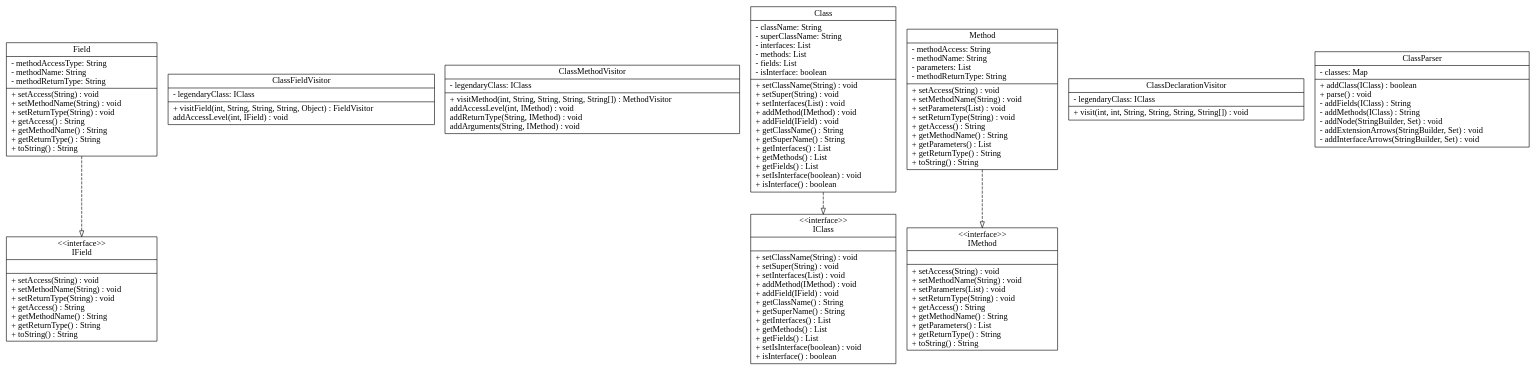
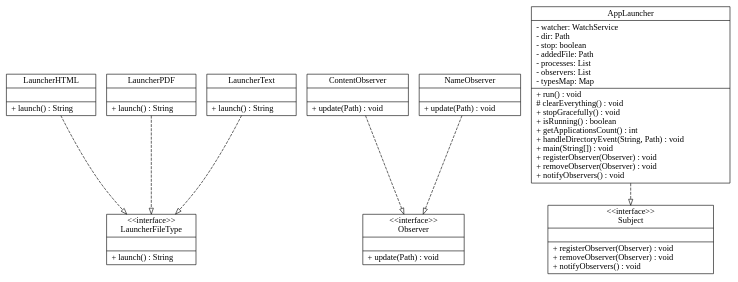
Before and after one commit to pastorsj/LegendaryPatterns: the diagram in input_output/text.dot, drawn with Graphviz. The commit also changed 1 other file, not shown here.

```diff
--- a/input_output/text.dot
+++ b/input_output/text.dot
@@ -1,145 +1,83 @@
 digraph G{
 	node [shape = "record"]
-	Field [
-	label = "{Field|
-	- methodAccessType: String\l
-	- methodName: String\l
-	- methodReturnType: String\l
+	LauncherHTML [
+	label = "{LauncherHTML|
 	|
-	+ setAccess(String) : void\l
-	+ setMethodName(String) : void\l
-	+ setReturnType(String) : void\l
-	+ getAccess() : String\l
-	+ getMethodName() : String\l
-	+ getReturnType() : String\l
-	+ toString() : String\l
+	+ launch() : String\l
 	}"
 	]
-ClassFieldVisitor [
-	label = "{ClassFieldVisitor|
-	- legendaryClass: IClass\l
+LauncherPDF [
+	label = "{LauncherPDF|
 	|
-	+ visitField(int, String, String, String, Object) : FieldVisitor\l
-	 addAccessLevel(int, IField) : void\l
+	+ launch() : String\l
 	}"
 	]
-ClassMethodVisitor [
-	label = "{ClassMethodVisitor|
-	- legendaryClass: IClass\l
+Observer [
+	label = "{\<\<interface\>\>\nObserver|
 	|
-	+ visitMethod(int, String, String, String, String[]) : MethodVisitor\l
-	 addAccessLevel(int, IMethod) : void\l
-	 addReturnType(String, IMethod) : void\l
-	 addArguments(String, IMethod) : void\l
+	+ update(Path) : void\l
 	}"
 	]
-Class [
-	label = "{Class|
-	- className: String\l
-	- superClassName: String\l
-	- interfaces: List\l
-	- methods: List\l
-	- fields: List\l
-	- isInterface: boolean\l
+LauncherFileType [
+	label = "{\<\<interface\>\>\nLauncherFileType|
 	|
-	+ setClassName(String) : void\l
-	+ setSuper(String) : void\l
-	+ setInterfaces(List) : void\l
-	+ addMethod(IMethod) : void\l
-	+ addField(IField) : void\l
-	+ getClassName() : String\l
-	+ getSuperName() : String\l
-	+ getInterfaces() : List\l
-	+ getMethods() : List\l
-	+ getFields() : List\l
-	+ setIsInterface(boolean) : void\l
-	+ isInterface() : boolean\l
+	+ launch() : String\l
 	}"
 	]
-IClass [
-	label = "{\<\<interface\>\>\nIClass|
+LauncherText [
+	label = "{LauncherText|
 	|
-	+ setClassName(String) : void\l
-	+ setSuper(String) : void\l
-	+ setInterfaces(List) : void\l
-	+ addMethod(IMethod) : void\l
-	+ addField(IField) : void\l
-	+ getClassName() : String\l
-	+ getSuperName() : String\l
-	+ getInterfaces() : List\l
-	+ getMethods() : List\l
-	+ getFields() : List\l
-	+ setIsInterface(boolean) : void\l
-	+ isInterface() : boolean\l
+	+ launch() : String\l
 	}"
 	]
-Method [
-	label = "{Method|
-	- methodAccess: String\l
-	- methodName: String\l
-	- parameters: List\l
-	- methodReturnType: String\l
+AppLauncher [
+	label = "{AppLauncher|
+	- watcher: WatchService\l
+	- dir: Path\l
+	- stop: boolean\l
+	- addedFile: Path\l
+	- processes: List\l
+	- observers: List\l
+	- typesMap: Map\l
 	|
-	+ setAccess(String) : void\l
-	+ setMethodName(String) : void\l
-	+ setParameters(List) : void\l
-	+ setReturnType(String) : void\l
-	+ getAccess() : String\l
-	+ getMethodName() : String\l
-	+ getParameters() : List\l
-	+ getReturnType() : String\l
-	+ toString() : String\l
+	+ run() : void\l
+	# clearEverything() : void\l
+	+ stopGracefully() : void\l
+	+ isRunning() : boolean\l
+	+ getApplicationsCount() : int\l
+	+ handleDirectoryEvent(String, Path) : void\l
+	+ main(String[]) : void\l
+	+ registerObserver(Observer) : void\l
+	+ removeObserver(Observer) : void\l
+	+ notifyObservers() : void\l
 	}"
 	]
-IMethod [
-	label = "{\<\<interface\>\>\nIMethod|
+Subject [
+	label = "{\<\<interface\>\>\nSubject|
 	|
-	+ setAccess(String) : void\l
-	+ setMethodName(String) : void\l
-	+ setParameters(List) : void\l
-	+ setReturnType(String) : void\l
-	+ getAccess() : String\l
-	+ getMethodName() : String\l
-	+ getParameters() : List\l
-	+ getReturnType() : String\l
-	+ toString() : String\l
+	+ registerObserver(Observer) : void\l
+	+ removeObserver(Observer) : void\l
+	+ notifyObservers() : void\l
 	}"
 	]
-ClassDeclarationVisitor [
-	label = "{ClassDeclarationVisitor|
-	- legendaryClass: IClass\l
+ContentObserver [
+	label = "{ContentObserver|
 	|
-	+ visit(int, int, String, String, String, String[]) : void\l
+	+ update(Path) : void\l
 	}"
 	]
-IField [
-	label = "{\<\<interface\>\>\nIField|
+NameObserver [
+	label = "{NameObserver|
 	|
-	+ setAccess(String) : void\l
-	+ setMethodName(String) : void\l
-	+ setReturnType(String) : void\l
-	+ getAccess() : String\l
-	+ getMethodName() : String\l
-	+ getReturnType() : String\l
-	+ toString() : String\l
-	}"
-	]
-ClassParser [
-	label = "{ClassParser|
-	- classes: Map\l
-	|
-	+ addClass(IClass) : boolean\l
-	+ parse() : void\l
-	- addFields(IClass) : String\l
-	- addMethods(IClass) : String\l
-	- addNode(StringBuilder, Set) : void\l
-	- addExtensionArrows(StringBuilder, Set) : void\l
-	- addInterfaceArrows(StringBuilder, Set) : void\l
+	+ update(Path) : void\l
 	}"
 	]
 	edge [arrowhead = "empty"]
 	edge [style = "dashed"]
-	Field->IField
-	Class->IClass
-	Method->IMethod
+	LauncherHTML->LauncherFileType
+	LauncherPDF->LauncherFileType
+	LauncherText->LauncherFileType
+	AppLauncher->Subject
+	ContentObserver->Observer
+	NameObserver->Observer
 	}
```
